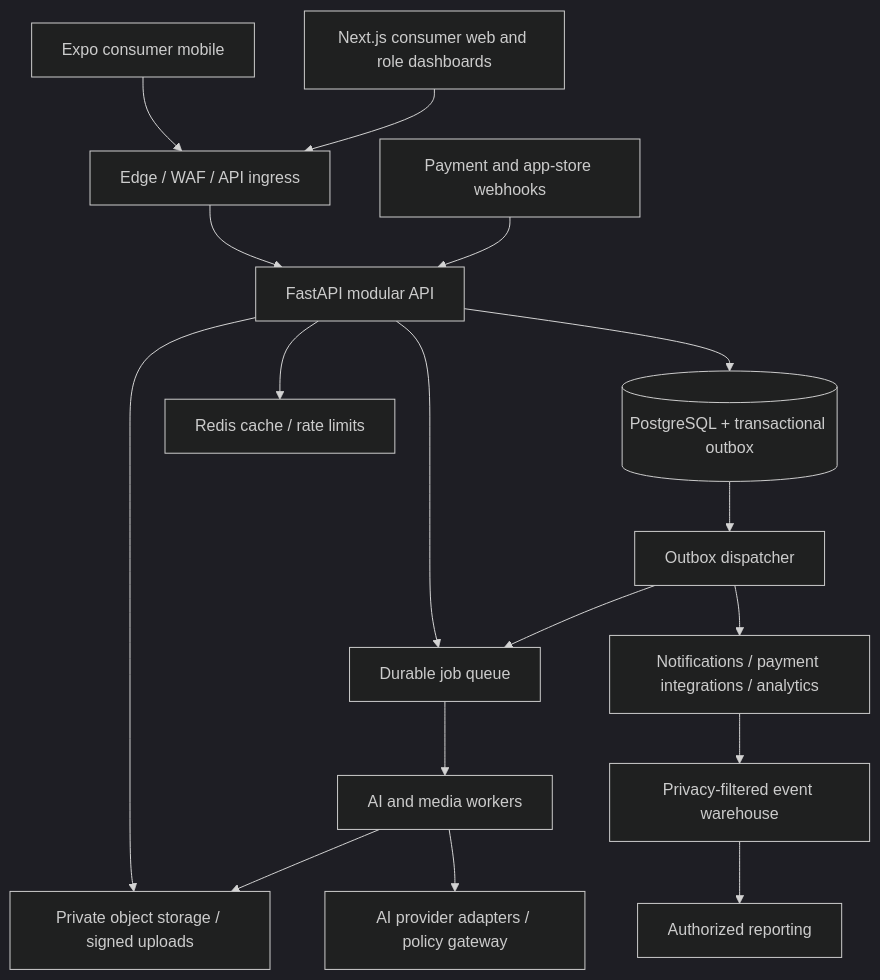
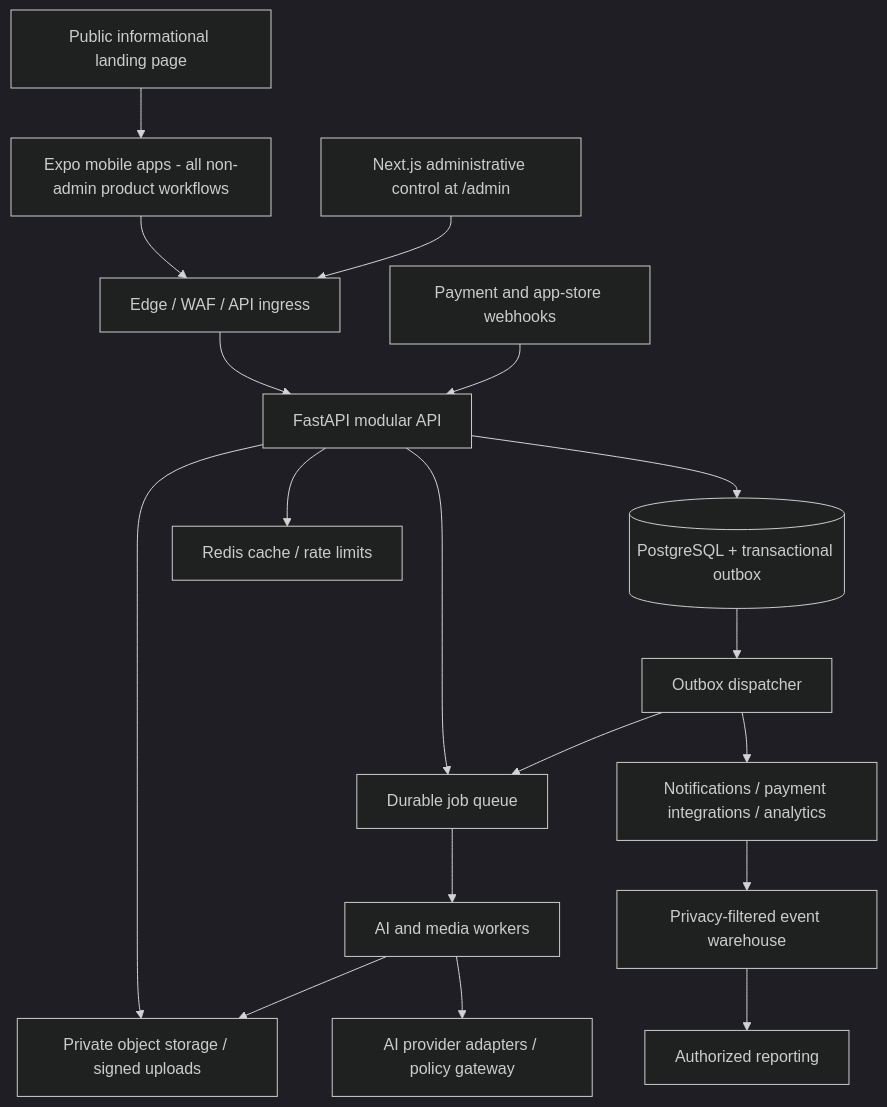
Before and after one commit to Unparalleled-Media-1/Glamit: the diagram in docs/specification/architecture.md, drawn with Mermaid (dark theme). The commit also changed other lines of this file and 4 other files, not shown here.

````diff
--- a/docs/specification/architecture.md
+++ b/docs/specification/architecture.md
@@ -7,19 +7,20 @@
 ```mermaid
 flowchart TD
-  M[Expo consumer mobile] --> E[Edge / WAF / API ingress]
-  W[Next.js consumer web and role dashboards] --> E
+  M[Expo mobile apps - all non-admin product workflows] --> E[Edge / WAF / API ingress]
+  W[Next.js administrative control at /admin] --> E
+  L[Public informational landing page] --> M
   E --> A[FastAPI modular API]
   A --> P[(PostgreSQL + transactional outbox)]
   A --> O[Private object storage / signed uploads]
   A --> Q[Durable job queue]
   Q --> J[AI and media workers]
   J --> O
   J --> G[AI provider adapters / policy gateway]
   P --> D[Outbox dispatcher]
   D --> Q
   D --> X[Notifications / payment integrations / analytics]
   H[Payment and app-store webhooks] --> A
   A --> R[Redis cache / rate limits]
   X --> T[Privacy-filtered event warehouse]
   T --> B[Authorized reporting]
 ```
````
